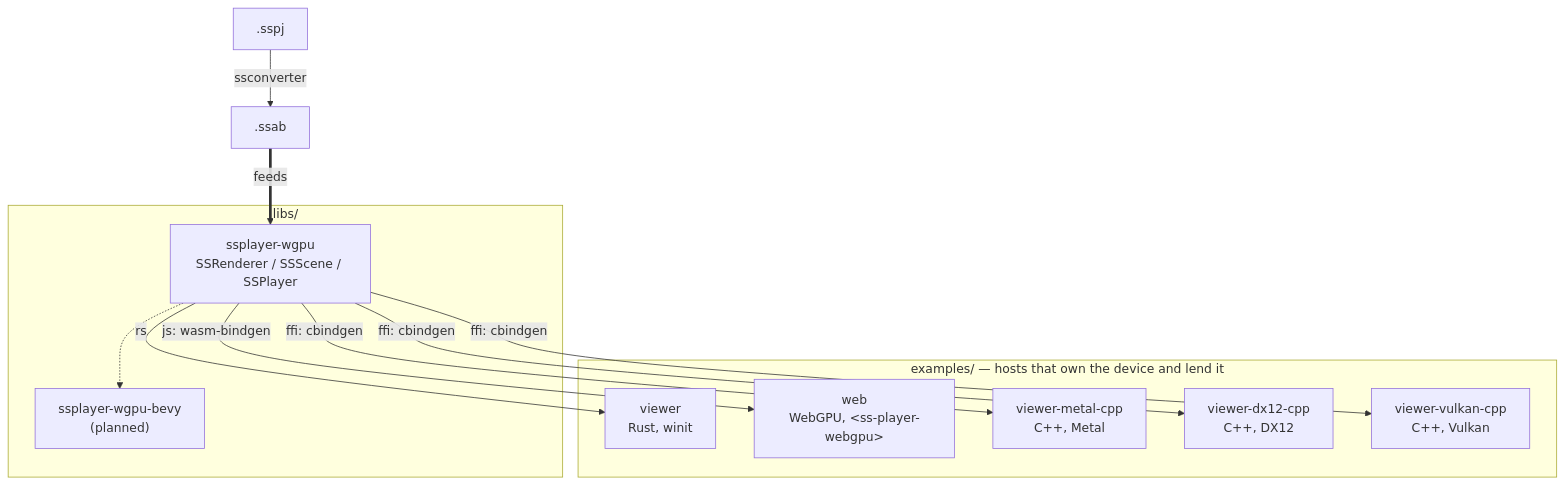
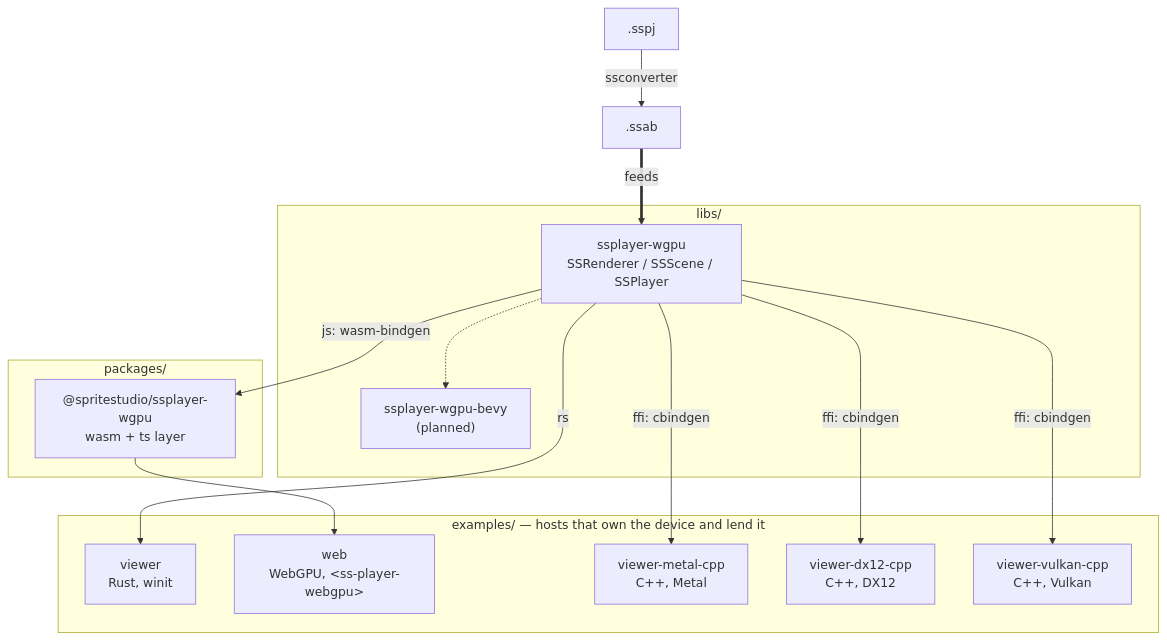
One commit to cri-middleware/SSPlayerForWgpu changed the diagram in README.md. Above: the diagram before and after it, drawn with Mermaid. The commit also changed other lines of this file and 23 other files, not shown here.

````diff
--- a/README.md
+++ b/README.md
@@ -169,25 +176,30 @@
 ```mermaid
 flowchart TD
     sspj[".sspj"] -->|ssconverter| ssab[".ssab"]
     ssab ==>|feeds| crate
 
     subgraph lib ["libs/"]
         crate["ssplayer-wgpu<br/>SSRenderer / SSScene / SSPlayer"]
         bevy["ssplayer-wgpu-bevy<br/>(planned)"]
         crate -.-> bevy
     end
 
+    subgraph npm ["packages/"]
+        pkg["@spritestudio/ssplayer-wgpu<br/>wasm + ts layer"]
+    end
+
     subgraph hosts ["examples/ — hosts that own the device and lend it"]
         viewer["viewer<br/>Rust, winit"]
         web["web<br/>WebGPU, &lt;ss-player-webgpu&gt;"]
         metal["viewer-metal-cpp<br/>C++, Metal"]
         dx12["viewer-dx12-cpp<br/>C++, DX12"]
         vulkan["viewer-vulkan-cpp<br/>C++, Vulkan"]
     end
 
     crate -->|rs| viewer
-    crate -->|js: wasm-bindgen| web
+    crate -->|js: wasm-bindgen| pkg
+    pkg --> web
     crate -->|ffi: cbindgen| metal
     crate -->|ffi: cbindgen| dx12
     crate -->|ffi: cbindgen| vulkan
 ```
````
